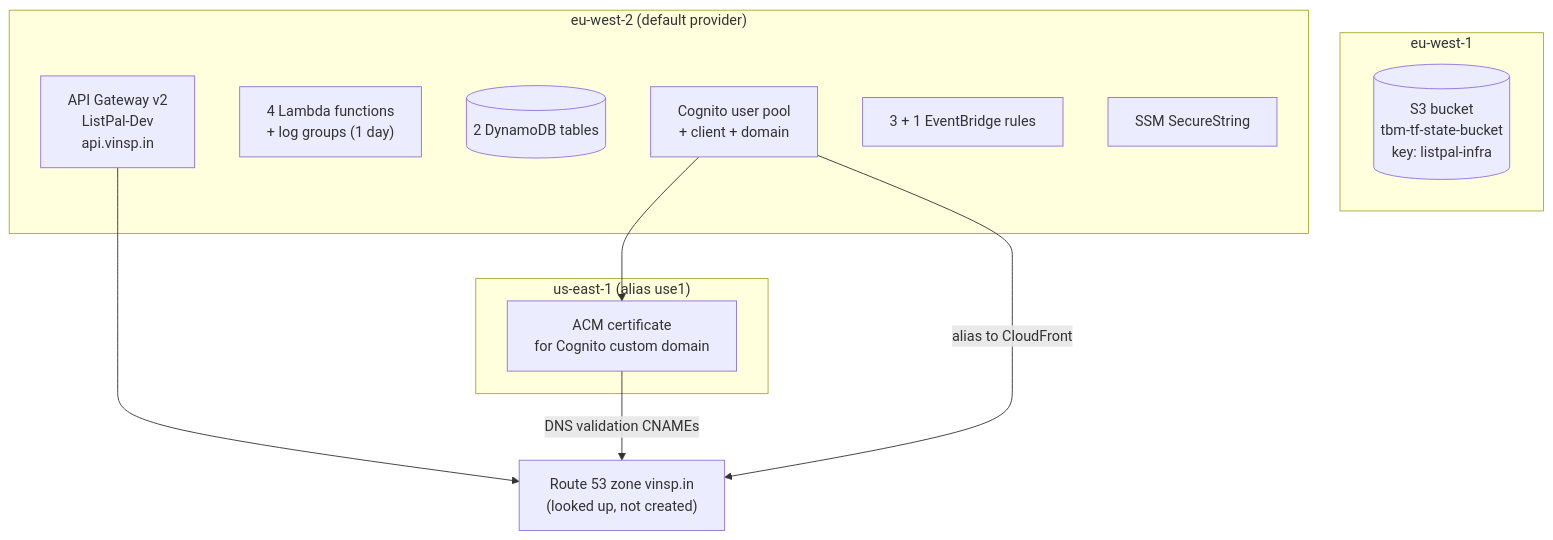
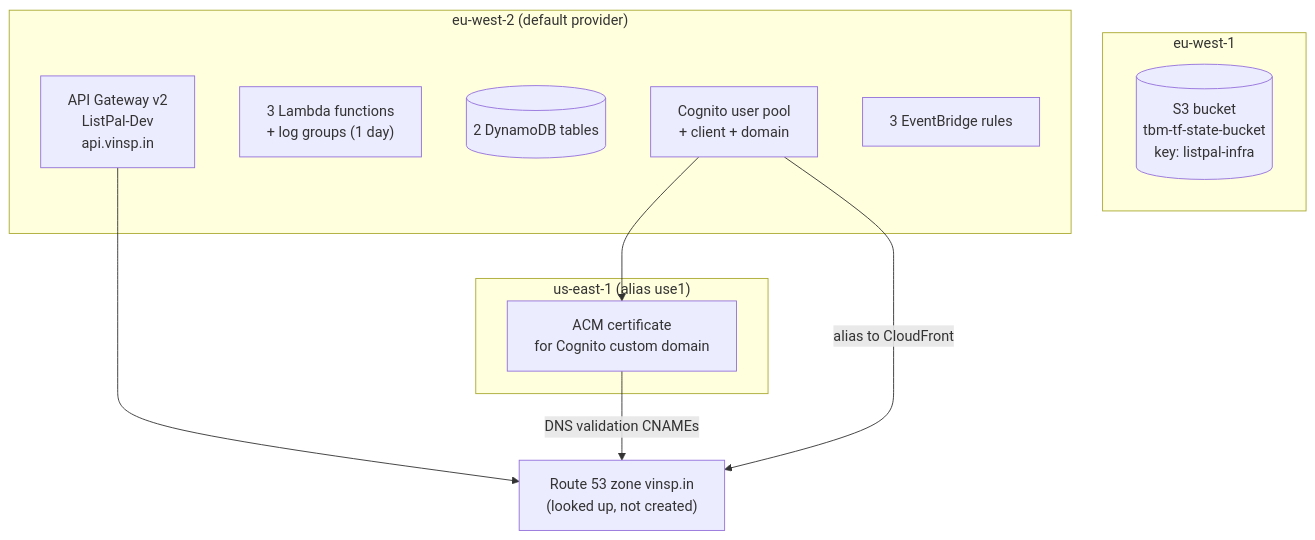
One commit to TomBenjaminMorris/listpal-backend changed the fourth of 7 diagrams in ARCHITECTURE.md. Above: the diagram before and after it, drawn with Mermaid. The commit also changed other lines of this file and 7 other files, not shown here.

````diff
--- a/ARCHITECTURE.md
+++ b/ARCHITECTURE.md
@@ -233,26 +209,25 @@
 ```mermaid
 flowchart TB
     subgraph euw1["eu-west-1"]
         STATE[("S3 bucket<br/>tbm-tf-state-bucket<br/>key: listpal-infra")]
     end
 
     subgraph euw2["eu-west-2 (default provider)"]
         APIGW["API Gateway v2<br/>ListPal-Dev<br/>api.vinsp.in"]
-        L["4 Lambda functions<br/>+ log groups (1 day)"]
+        L["3 Lambda functions<br/>+ log groups (1 day)"]
         DDB[("2 DynamoDB tables")]
         COG["Cognito user pool<br/>+ client + domain"]
-        EVB["3 + 1 EventBridge rules"]
-        SSM["SSM SecureString"]
+        EVB["3 EventBridge rules"]
     end
 
     subgraph use1["us-east-1 (alias use1)"]
         ACM["ACM certificate<br/>for Cognito custom domain"]
     end
 
     R53["Route 53 zone vinsp.in<br/>(looked up, not created)"]
 
     COG --> ACM
     COG -->|"alias to CloudFront"| R53
     APIGW --> R53
     ACM -->|"DNS validation CNAMEs"| R53
 ```
````
